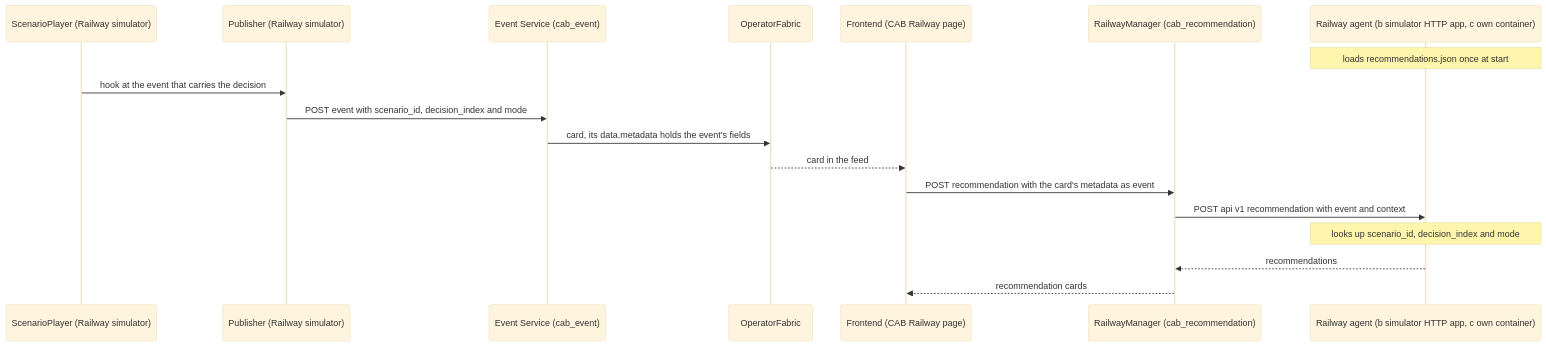
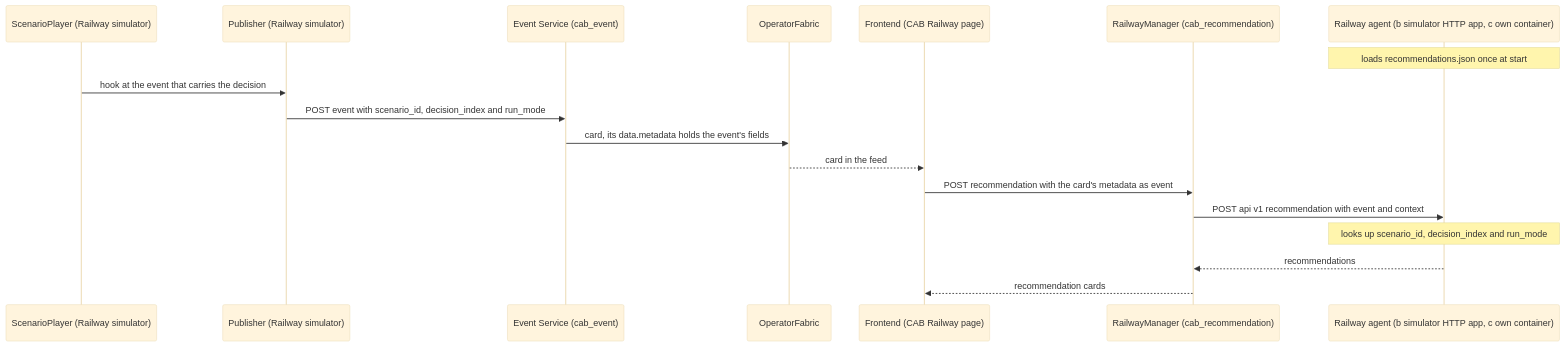
Before and after one commit to ainetus/InteractiveAI: diagram 12 of 12 in docs/plans/railway-use-case.md, drawn with Mermaid (base theme). The commit also changed other lines of this file, not shown here.

````diff
--- a/docs/plans/railway-use-case.md
+++ b/docs/plans/railway-use-case.md
@@ -1899,20 +1925,20 @@
     ```mermaid
     sequenceDiagram
         participant Player as ScenarioPlayer (Railway simulator)
         participant Pub as Publisher (Railway simulator)
         participant Ev as Event Service (cab_event)
         participant OF as OperatorFabric
         participant FE as Frontend (CAB Railway page)
         participant Rec as RailwayManager (cab_recommendation)
         participant Ag as Railway agent (b simulator HTTP app, c own container)
         Note over Ag: loads recommendations.json once at start
         Player->>Pub: hook at the event that carries the decision
-        Pub->>Ev: POST event with scenario_id, decision_index and mode
+        Pub->>Ev: POST event with scenario_id, decision_index and run_mode
         Ev->>OF: card, its data.metadata holds the event's fields
         OF-->>FE: card in the feed
         FE->>Rec: POST recommendation with the card's metadata as event
         Rec->>Ag: POST api v1 recommendation with event and context
-        Note over Ag: looks up scenario_id, decision_index and mode
+        Note over Ag: looks up scenario_id, decision_index and run_mode
         Ag-->>Rec: recommendations
         Rec-->>FE: recommendation cards
     ```
````
